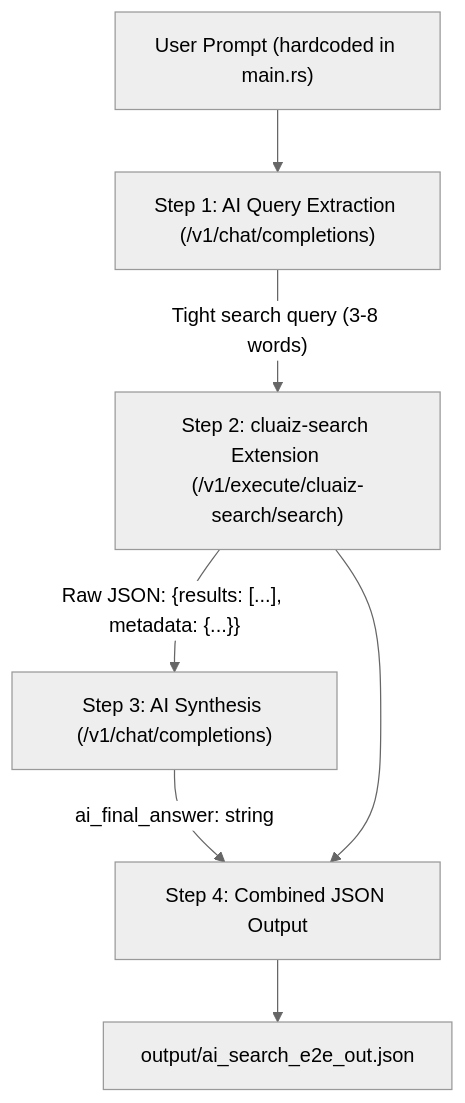
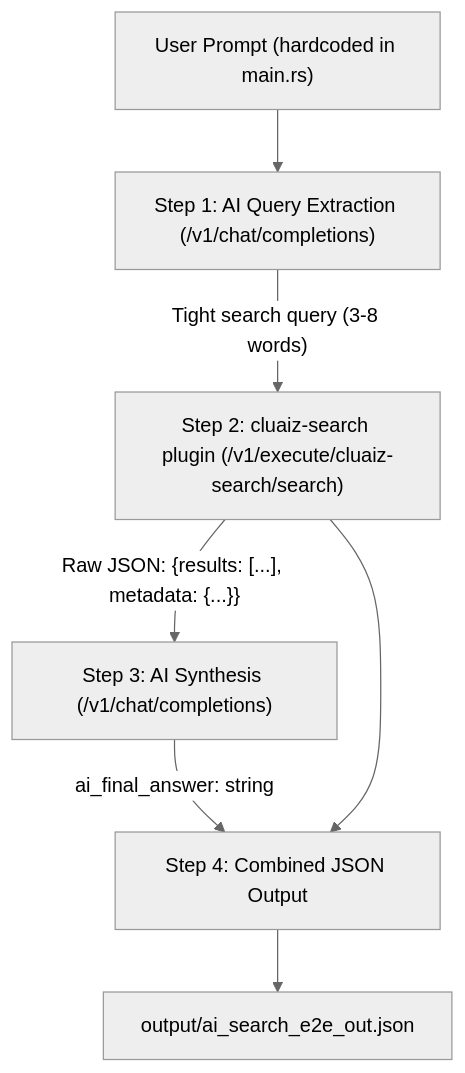
Before and after one commit to ayan-kushwaha/Cluaiz-: the diagram in test/ai_search_e2e_test/README.md, drawn with Mermaid (neutral theme). The commit also changed other lines of this file and 109 other files, not shown here.

````diff
--- a/test/ai_search_e2e_test/README.md
+++ b/test/ai_search_e2e_test/README.md
@@ -9,9 +9,9 @@
 ```mermaid
 graph TD
     A["User Prompt (hardcoded in main.rs)"] --> B["Step 1: AI Query Extraction (/v1/chat/completions)"]
-    B -->|"Tight search query (3-8 words)"| C["Step 2: cluaiz-search Extension (/v1/execute/cluaiz-search/search)"]
+    B -->|"Tight search query (3-8 words)"| C["Step 2: cluaiz-search plugin (/v1/execute/cluaiz-search/search)"]
     C -->|"Raw JSON: {results: [...], metadata: {...}}"| D["Step 3: AI Synthesis (/v1/chat/completions)"]
     D -->|"ai_final_answer: string"| E["Step 4: Combined JSON Output"]
     C --> E
     E --> F["output/ai_search_e2e_out.json"]
 ```
````
